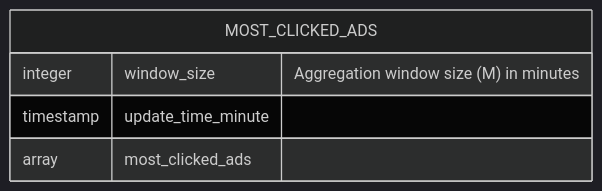
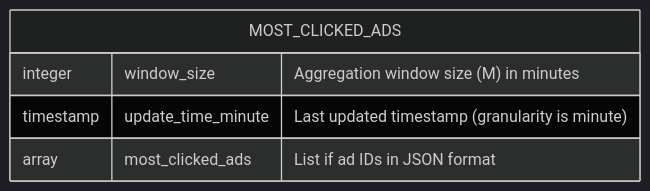
One commit to giwankim/til changed the diagram in system-design/interview2/06-ad-click-event-aggregation.md. Above: the diagram before and after it, drawn with Mermaid (dark theme). The commit also changed other lines of this file, not shown here.

````diff
--- a/system-design/interview2/06-ad-click-event-aggregation.md
+++ b/system-design/interview2/06-ad-click-event-aggregation.md
@@ -98,8 +104,8 @@
 ```mermaid
 erDiagram
     MOST_CLICKED_ADS {
         integer window_size "Aggregation window size (M) in minutes"
-        timestamp update_time_minute
-        array most_clicked_ads
+        timestamp update_time_minute "Last updated timestamp (granularity is minute)"
+        array most_clicked_ads "List if ad IDs in JSON format"
     }
 ```
````
